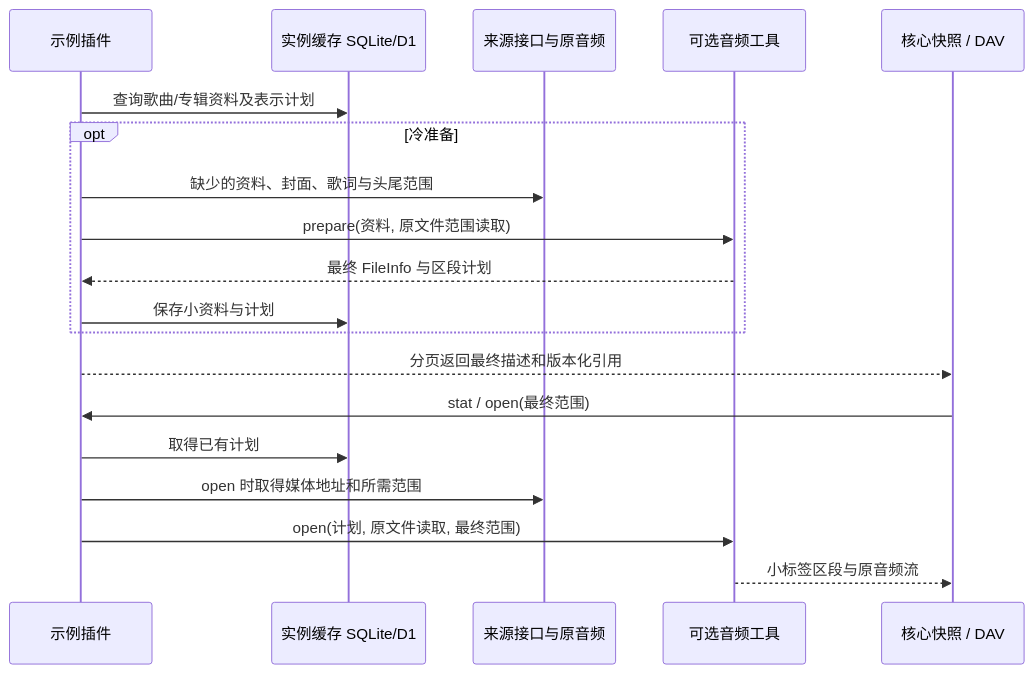
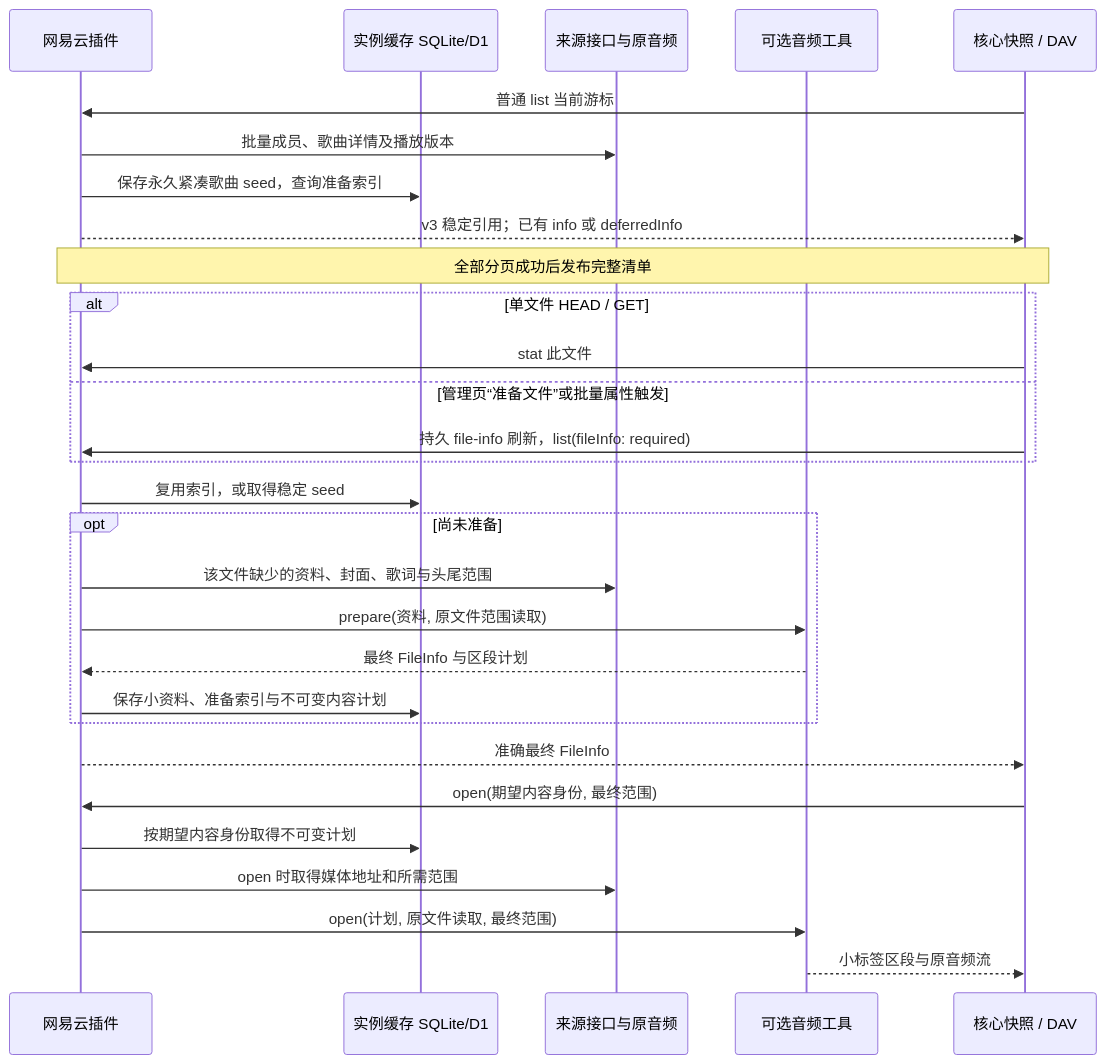
Diagram 19 of 19 in docs/architecture/diagrams.md (shengyusi-SYS/musicfs), drawn with Mermaid before and after one commit. The commit also changed other lines of this file and 19 other files, not shown here.

Commit message:
docs: record deferred catalogue architecture and measured performance

````diff
--- a/docs/architecture/diagrams.md
+++ b/docs/architecture/diagrams.md
@@ -566,21 +579,31 @@
 ```mermaid
 sequenceDiagram
-  participant P as 示例插件
+  participant P as 网易云插件
   participant C as 实例缓存 SQLite/D1
   participant U as 来源接口与原音频
   participant T as 可选音频工具
   participant L as 核心快照 / DAV
-  P->>C: 查询歌曲/专辑资料及表示计划
-  opt 冷准备
-    P->>U: 缺少的资料、封面、歌词与头尾范围
+  L->>P: 普通 list 当前游标
+  P->>U: 批量成员、歌曲详情及播放版本
+  P->>C: 保存永久紧凑歌曲 seed，查询准备索引
+  P-->>L: v3 稳定引用；已有 info 或 deferredInfo
+  Note over P,L: 全部分页成功后发布完整清单
+  alt 单文件 HEAD / GET
+    L->>P: stat 此文件
+  else 管理页“准备文件”或批量属性触发
+    L->>P: 持久 file-info 刷新，list(fileInfo: required)
+  end
+  P->>C: 复用索引，或取得稳定 seed
+  opt 尚未准备
+    P->>U: 该文件缺少的资料、封面、歌词与头尾范围
     P->>T: prepare(资料, 原文件范围读取)
     T-->>P: 最终 FileInfo 与区段计划
-    P->>C: 保存小资料与计划
+    P->>C: 保存小资料、准备索引与不可变内容计划
   end
-  P-->>L: 分页返回最终描述和版本化引用
-  L->>P: stat / open(最终范围)
-  P->>C: 取得已有计划
+  P-->>L: 准确最终 FileInfo
+  L->>P: open(期望内容身份, 最终范围)
+  P->>C: 按期望内容身份取得不可变计划
   P->>U: open 时取得媒体地址和所需范围
   P->>T: open(计划, 原文件读取, 最终范围)
   T-->>L: 小标签区段与原音频流
 ```
````
